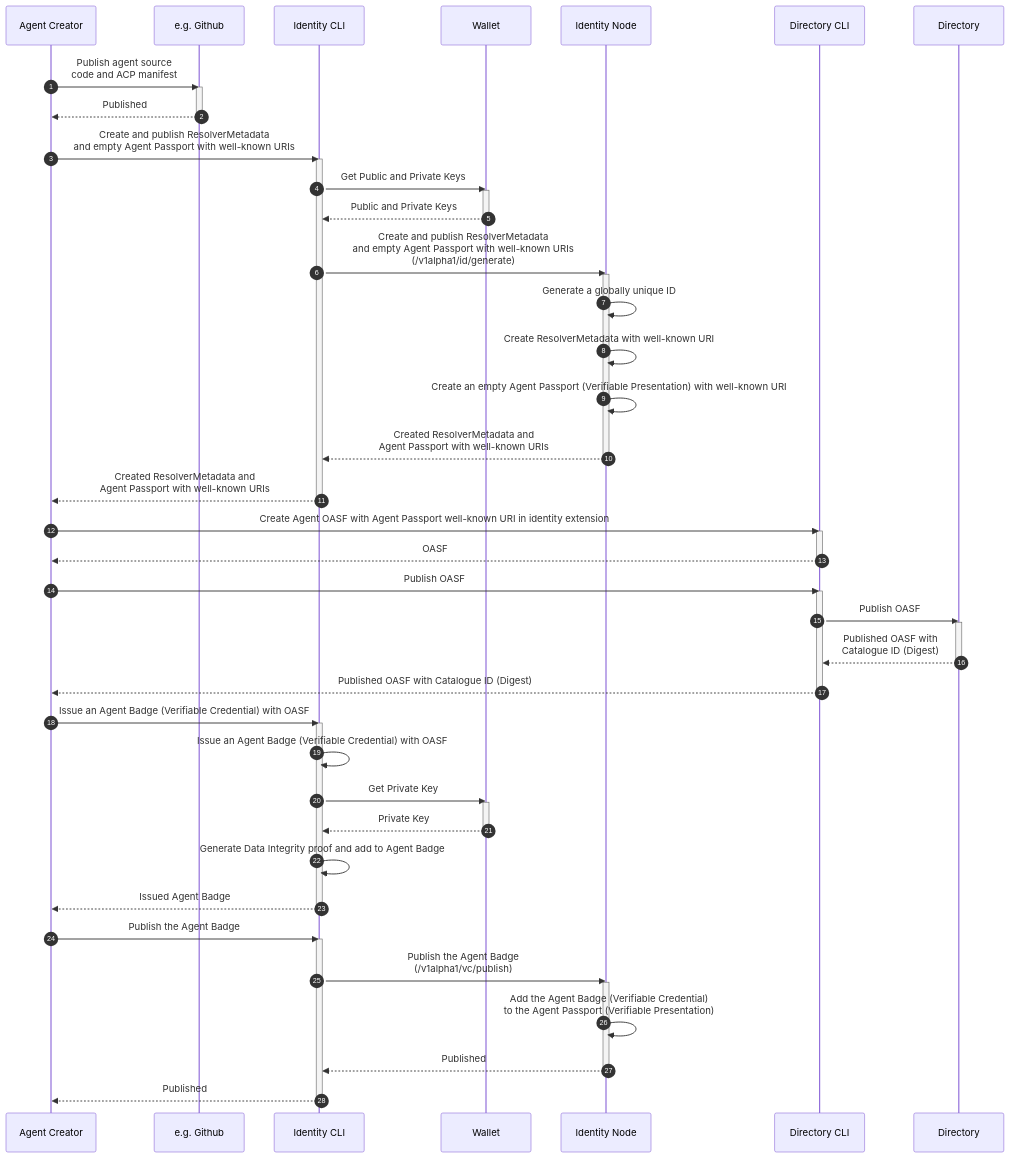
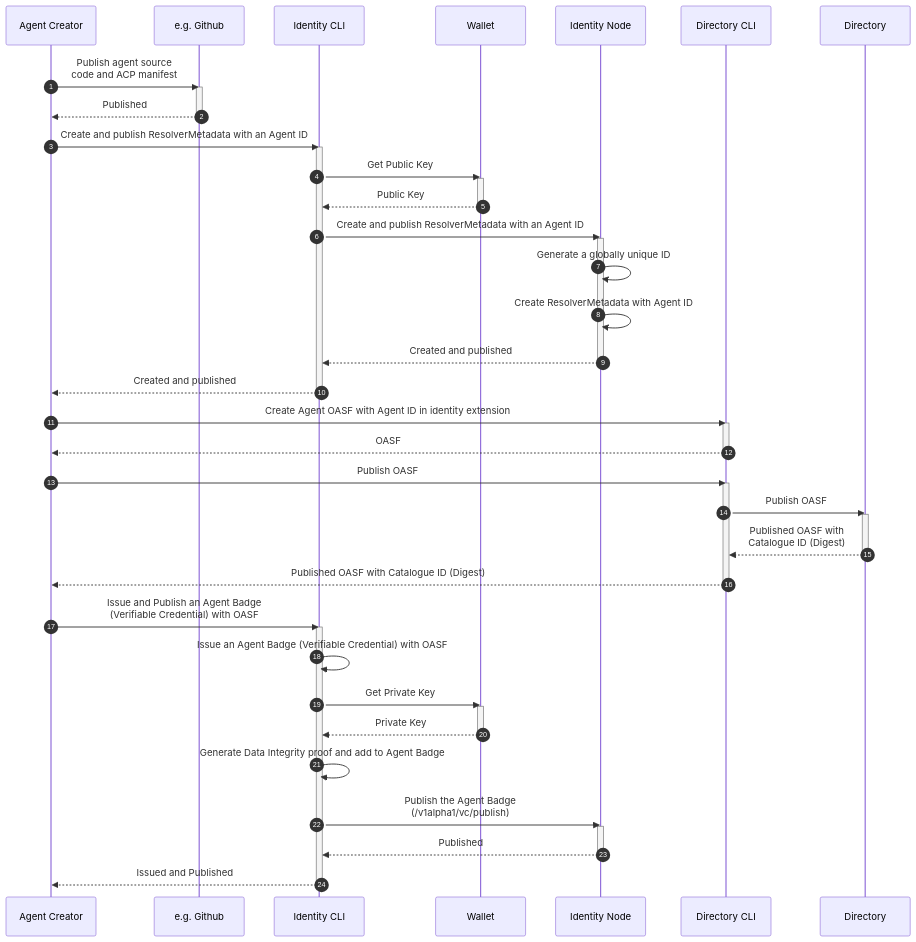
One commit to agntcy/identity-spec changed the first of 4 diagrams in docs-src/docs/specs/flows/agntcy_advanced.md. Above: the diagram before and after it, drawn with Mermaid. The commit also changed other lines of this file, not shown here.

Commit message:
fix: remove agent passport

````diff
--- a/docs-src/docs/specs/flows/agntcy_advanced.md
+++ b/docs-src/docs/specs/flows/agntcy_advanced.md
@@ -9,67 +9,54 @@
 ```mermaid
 sequenceDiagram
 autonumber
 
-% Create a new agent
 Agent Creator->>e.g. Github: Publish agent source<br/>code and ACP manifest
 activate e.g. Github
 e.g. Github-->>Agent Creator: Published
 deactivate e.g. Github
 
-% Create and publish ResolverMetadata and Agent Passport with well-known URIs
-Agent Creator->>Identity CLI: Create and publish ResolverMetadata<br/>and empty Agent Passport with well-known URIs
+Agent Creator->>Identity CLI: Create and publish ResolverMetadata with an Agent ID
 activate Identity CLI
-Identity CLI->>Wallet: Get Public and Private Keys
+Identity CLI->>Wallet: Get Public Key
 activate Wallet
-Wallet-->>Identity CLI: Public and Private Keys
+Wallet-->>Identity CLI: Public Key
 deactivate Wallet
-Identity CLI->>Identity Node: Create and publish ResolverMetadata<br/>and empty Agent Passport with well-known URIs<br/>(/v1alpha1/id/generate)
+Identity CLI->>Identity Node: Create and publish ResolverMetadata with an Agent ID
 activate Identity Node
 Identity Node->>Identity Node: Generate a globally unique ID
-Identity Node->>Identity Node: Create ResolverMetadata with well-known URI
-Identity Node->>Identity Node: Create an empty Agent Passport (Verifiable Presentation) with well-known URI
-Identity Node-->>Identity CLI: Created ResolverMetadata and<br/>Agent Passport with well-known URIs
+Identity Node->>Identity Node: Create ResolverMetadata with Agent ID
+Identity Node-->>Identity CLI: Created and published
 deactivate Identity Node
-Identity CLI-->>Agent Creator: Created ResolverMetadata and<br/>Agent Passport with well-known URIs
+Identity CLI-->>Agent Creator: Created and published
 deactivate Identity CLI
 
-% Create the agent's OASF and add Agent Passport well-known URI
-Agent Creator->>Directory CLI: Create Agent OASF with Agent Passport well-known URI in identity extension
+Agent Creator->>Directory CLI: Create Agent OASF with Agent ID in identity extension
 activate Directory CLI
 Directory CLI-->>Agent Creator: OASF
 deactivate Directory CLI
 
-% Publish agent OASF
 Agent Creator->>Directory CLI: Publish OASF
 activate Directory CLI
 Directory CLI->>Directory: Publish OASF
 activate Directory
 Directory-->>Directory CLI: Published OASF with<br/>Catalogue ID (Digest)
 deactivate Directory
 Directory CLI-->>Agent Creator: Published OASF with Catalogue ID (Digest)
 deactivate Directory CLI
 
-% Issue Agent Badge linking agent ID + OASF
-Agent Creator->>Identity CLI: Issue an Agent Badge (Verifiable Credential) with OASF
+Agent Creator->>Identity CLI: Issue and Publish an Agent Badge<br/>(Verifiable Credential) with OASF
 activate Identity CLI
 Identity CLI->>Identity CLI: Issue an Agent Badge (Verifiable Credential) with OASF
 Identity CLI->>Wallet: Get Private Key
 activate Wallet
 Wallet-->>Identity CLI: Private Key
 deactivate Wallet
 Identity CLI->>Identity CLI: Generate Data Integrity proof and add to Agent Badge
-Identity CLI-->>Agent Creator: Issued Agent Badge
-deactivate Identity CLI
-
-% Publish the Agent Badge
-Agent Creator->>Identity CLI: Publish the Agent Badge
-activate Identity CLI
 Identity CLI->>Identity Node: Publish the Agent Badge<br/>(/v1alpha1/vc/publish)
 activate Identity Node
-Identity Node->>Identity Node: Add the Agent Badge (Verifiable Credential)<br/>to the Agent Passport (Verifiable Presentation)
 Identity Node-->>Identity CLI: Published
 deactivate Identity Node
-Identity CLI-->>Agent Creator: Published
+Identity CLI-->>Agent Creator: Issued and Published
 deactivate Identity CLI
 
 ```
````
